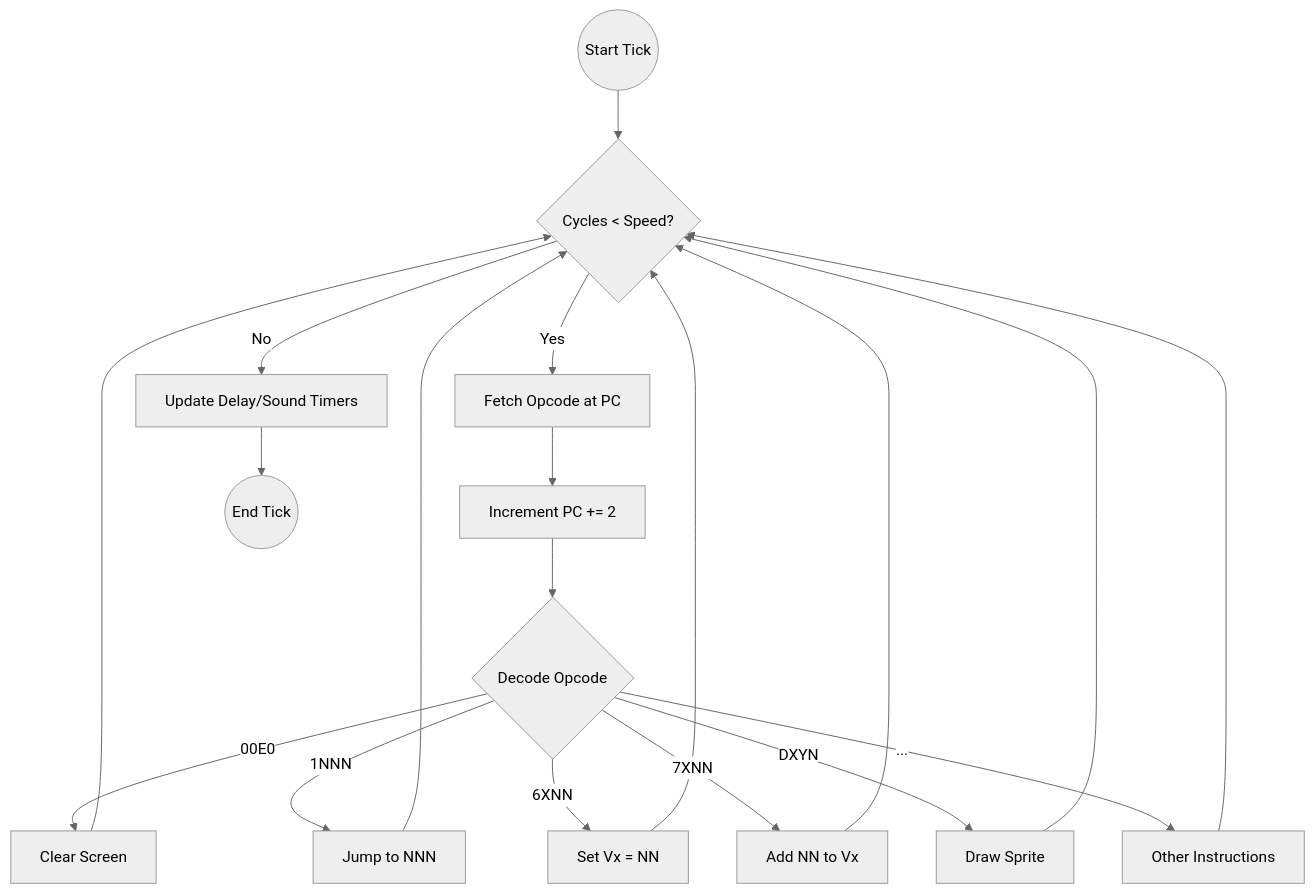
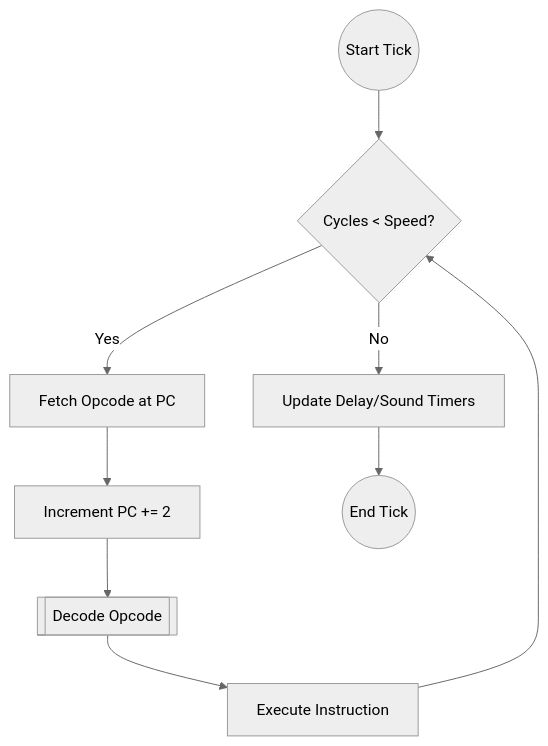
One commit to WoollyAndWooden/MASTERCHIP8 changed the first of 3 diagrams in src/EmulatorSrc/EmulatorCore_Documentation.md. Above: the diagram before and after it, drawn with Mermaid (neutral theme). The commit also changed other lines of this file, not shown here.

````diff
--- a/src/EmulatorSrc/EmulatorCore_Documentation.md
+++ b/src/EmulatorSrc/EmulatorCore_Documentation.md
@@ -21,25 +21,16 @@
 ```mermaid
 graph TD
     Start((Start Tick)) --> Loop{Cycles < Speed?}
     Loop -->|Yes| Fetch[Fetch Opcode at PC]
     Loop -->|No| UpdateTimers[Update Delay/Sound Timers]
     
     Fetch --> Increment[Increment PC += 2]
-    Increment --> Decode{Decode Opcode}
+    Increment --> Decode[[Decode Opcode]]
     
-    Decode -->|00E0| CLS[Clear Screen]
-    Decode -->|1NNN| Jump[Jump to NNN]
-    Decode -->|6XNN| SetV[Set Vx = NN]
-    Decode -->|7XNN| AddV[Add NN to Vx]
-    Decode -->|DXYN| Draw[Draw Sprite]
-    Decode -->|...| Other[Other Instructions]
+    Decode --> Execute[Execute Instruction]
     
-    CLS --> Loop
-    Jump --> Loop
-    SetV --> Loop
-    AddV --> Loop
-    Draw --> Loop
-    Other --> Loop
+    Execute --> Loop
+    
     
     UpdateTimers --> End((End Tick))
 ```
````
